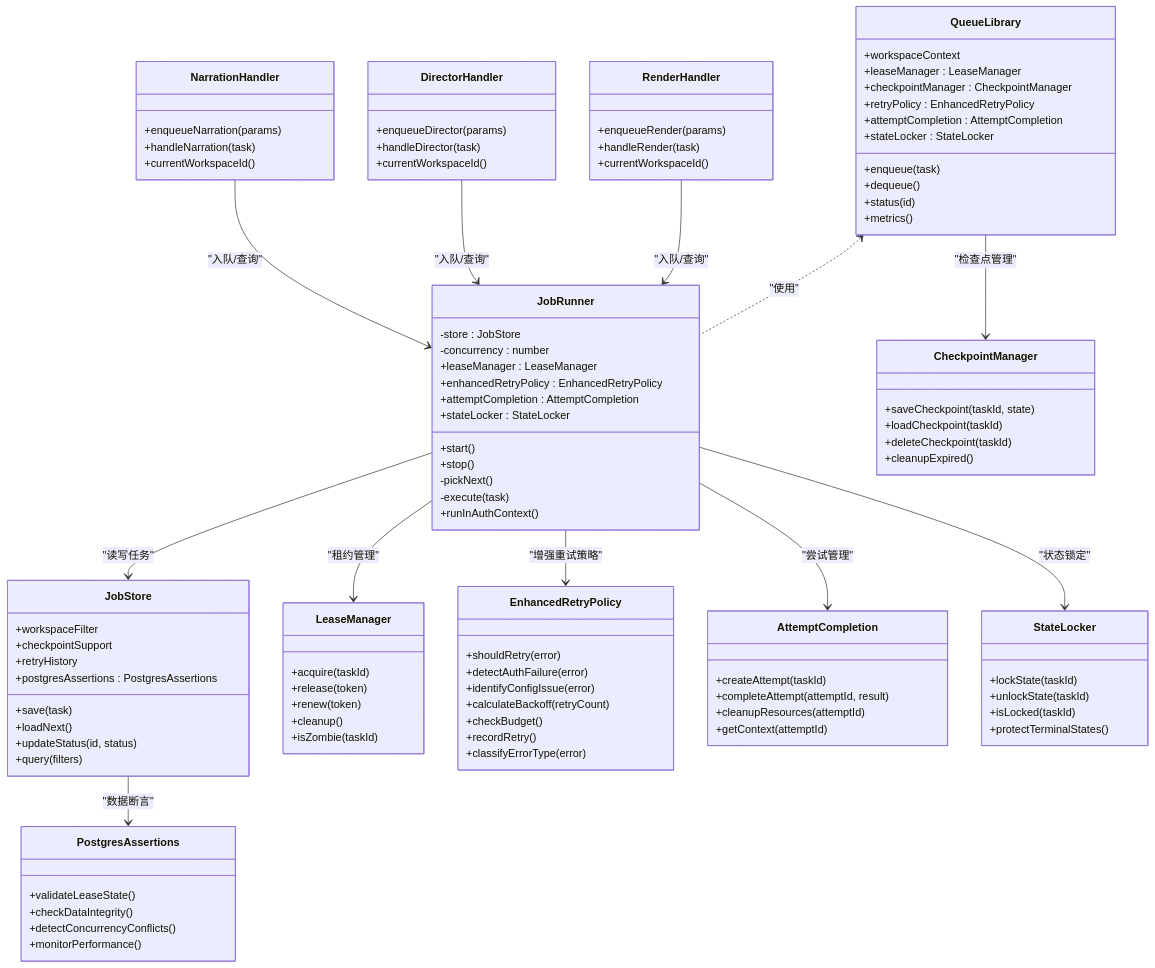
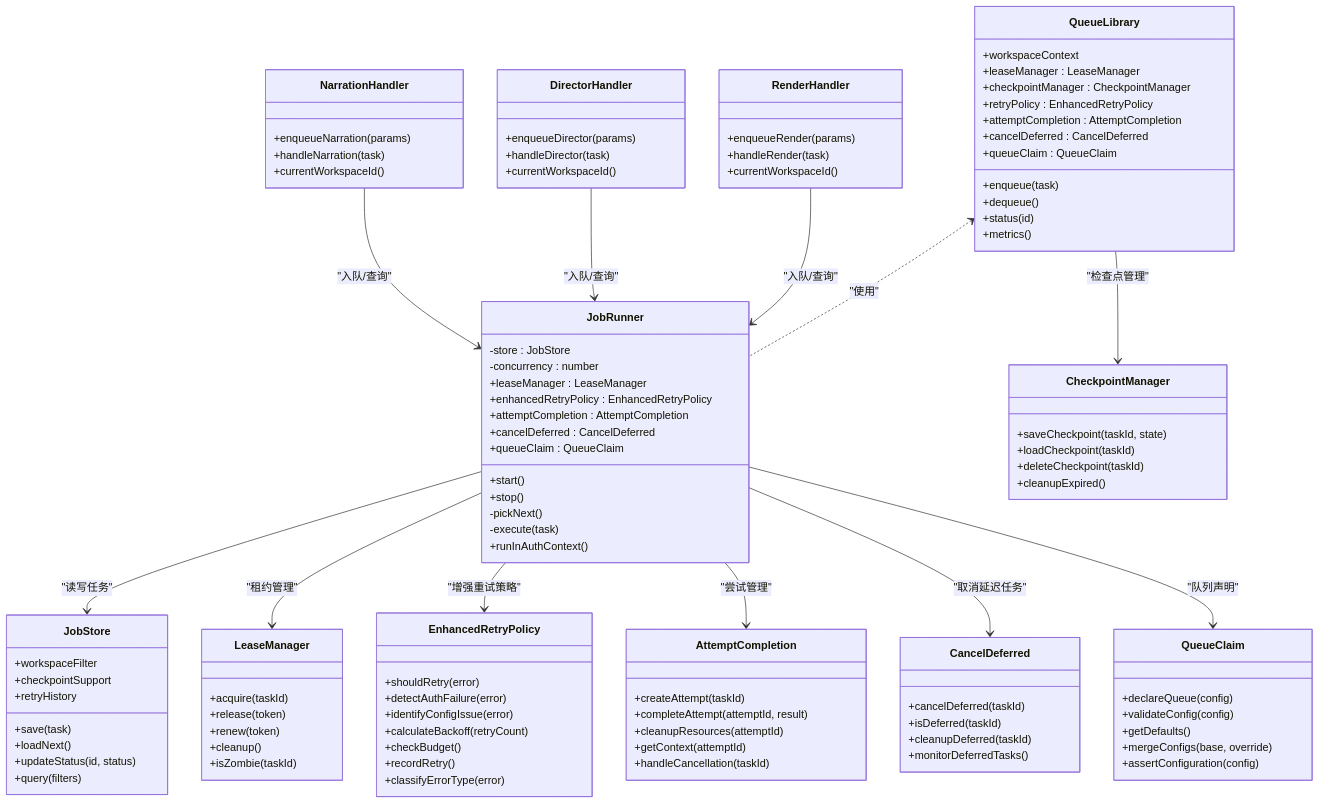
The fourth of 4 diagrams in .qoder/repowiki/zh/content/后端架构/任务处理/作业队列系统.md (scottcwy/PurpleInk), drawn with Mermaid before and after one commit. The commit also changed other lines of this file and 23 other files, not shown here.

```diff
--- a/.qoder/repowiki/zh/content/后端架构/任务处理/作业队列系统.md
+++ b/.qoder/repowiki/zh/content/后端架构/任务处理/作业队列系统.md
@@ -458,7 +455,8 @@
 +checkpointManager : CheckpointManager
 +retryPolicy : EnhancedRetryPolicy
 +attemptCompletion : AttemptCompletion
-+stateLocker : StateLocker
++cancelDeferred : CancelDeferred
++queueClaim : QueueClaim
 }
 class JobRunner {
 -store : JobStore
@@ -471,7 +469,8 @@
 +leaseManager : LeaseManager
 +enhancedRetryPolicy : EnhancedRetryPolicy
 +attemptCompletion : AttemptCompletion
-+stateLocker : StateLocker
++cancelDeferred : CancelDeferred
++queueClaim : QueueClaim
 }
 class JobStore {
 +save(task)
@@ -481,7 +480,6 @@
 +workspaceFilter
 +checkpointSupport
 +retryHistory
-+postgresAssertions : PostgresAssertions
 }
 class LeaseManager {
 +acquire(taskId)
@@ -504,24 +502,26 @@
 +completeAttempt(attemptId, result)
 +cleanupResources(attemptId)
 +getContext(attemptId)
++handleCancellation(taskId)
+}
+class CancelDeferred {
++cancelDeferred(taskId)
++isDeferred(taskId)
++cleanupDeferred(taskId)
++monitorDeferredTasks()
+}
+class QueueClaim {
++declareQueue(config)
++validateConfig(config)
++getDefaults()
++mergeConfigs(base, override)
++assertConfiguration(config)
 }
 class CheckpointManager {
 +saveCheckpoint(taskId, state)
 +loadCheckpoint(taskId)
 +deleteCheckpoint(taskId)
 +cleanupExpired()
-}
-class StateLocker {
-+lockState(taskId)
-+unlockState(taskId)
-+isLocked(taskId)
-+protectTerminalStates()
-}
-class PostgresAssertions {
-+validateLeaseState()
-+checkDataIntegrity()
-+detectConcurrencyConflicts()
-+monitorPerformance()
 }
 class RenderHandler {
 +enqueueRender(params)
@@ -543,9 +543,9 @@
 JobRunner --> LeaseManager : "租约管理"
 JobRunner --> EnhancedRetryPolicy : "增强重试策略"
 JobRunner --> AttemptCompletion : "尝试管理"
-JobRunner --> StateLocker : "状态锁定"
+JobRunner --> CancelDeferred : "取消延迟任务"
+JobRunner --> QueueClaim : "队列声明"
 QueueLibrary --> CheckpointManager : "检查点管理"
-JobStore --> PostgresAssertions : "数据断言"
 RenderHandler --> JobRunner : "入队/查询"
 DirectorHandler --> JobRunner : "入队/查询"
 NarrationHandler --> JobRunner : "入队/查询"
```
